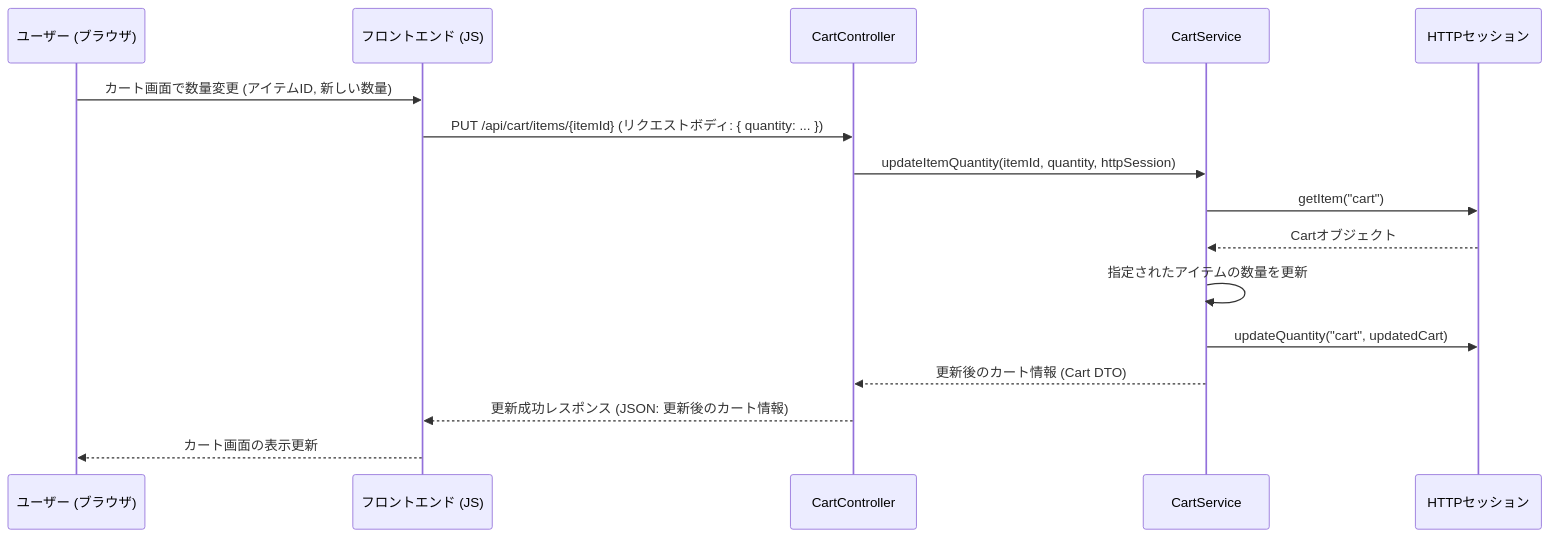
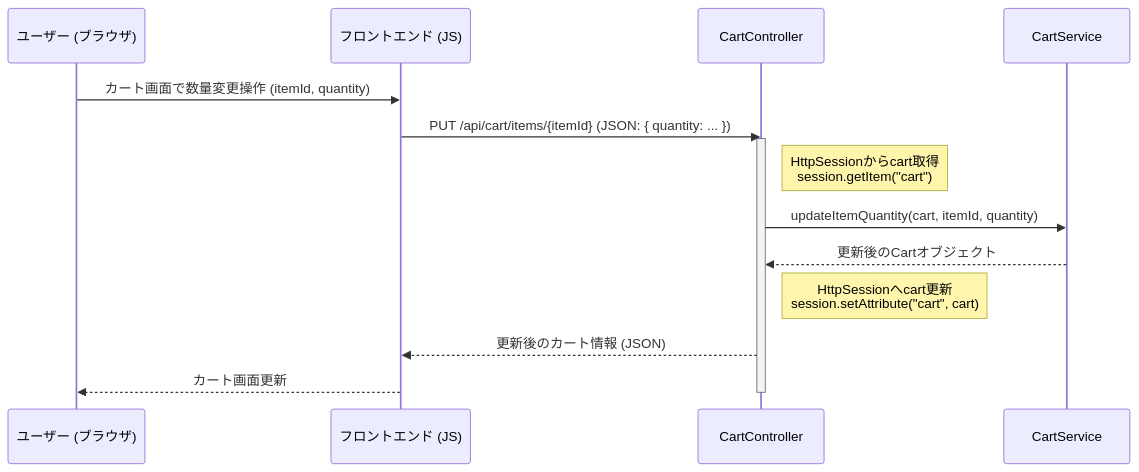
The fifth of 13 diagrams in 詳細設計/詳細設計.md (Hinako-Kimura127/neko), drawn with Mermaid before and after one commit. The commit also changed other lines of this file, not shown here.

```diff
--- a/詳細設計/詳細設計.md
+++ b/詳細設計/詳細設計.md
@@ -218,19 +220,22 @@
 <div class="mermaid">
 sequenceDiagram
     participant User as ユーザー (ブラウザ)
     participant FE as フロントエンド (JS)
     participant CartController
     participant CartService
-    participant HttpSession as HTTPセッション
- 
-    User->>FE: カート画面で数量変更 (アイテムID, 新しい数量)
-    FE->>CartController: PUT /api/cart/items/{itemId} (リクエストボディ: { quantity: ... })
-    CartController->>CartService: updateItemQuantity(itemId, quantity, httpSession)
-    CartService->>HttpSession: getItem("cart")
-    HttpSession-->>CartService: Cartオブジェクト
-    CartService->>CartService: 指定されたアイテムの数量を更新
-    CartService->>HttpSession: updateQuantity("cart", updatedCart)
-    CartService-->>CartController: 更新後のカート情報 (Cart DTO)
-    CartController-->>FE: 更新成功レスポンス (JSON: 更新後のカート情報)
-    FE-->>User: カート画面の表示更新
+
+    User->>FE: カート画面で数量変更操作 (itemId, quantity)
+    FE->>CartController: PUT /api/cart/items/{itemId} (JSON: { quantity: ... })
+
+    activate CartController
+    note right of CartController: HttpSessionからcart取得<br/>session.getItem("cart")
+
+    CartController->>CartService: updateItemQuantity(cart, itemId, quantity)
+    CartService-->>CartController: 更新後のCartオブジェクト
+
+    note right of CartController: HttpSessionへcart更新<br/>session.setAttribute("cart", cart)
+
+    CartController-->>FE: 更新後のカート情報 (JSON)
+    FE-->>User: カート画面更新
+    deactivate CartController
 </div>
```
